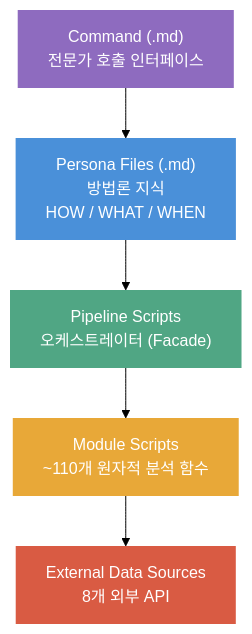
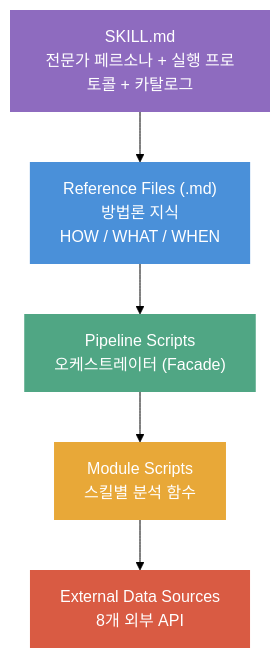
Before and after one commit to tjdwls101010/Dumok-of-WallStreet: the second of 2 diagrams in README.md, drawn with Mermaid (forest theme). The commit also changed other lines of this file and 52 other files, not shown here.

````diff
--- a/README.md
+++ b/README.md
@@ -401,19 +401,19 @@
 ```mermaid
 flowchart TD
-    CMD["Command (.md)\n전문가 호출 인터페이스"]
-    PERSONA["Persona Files (.md)\n방법론 지식\nHOW / WHAT / WHEN"]
+    SKILL["SKILL.md\n전문가 페르소나 + 실행 프로토콜 + 카탈로그"]
+    REF["Reference Files (.md)\n방법론 지식\nHOW / WHAT / WHEN"]
     PIPELINE["Pipeline Scripts\n오케스트레이터 (Facade)"]
-    MODULES["Module Scripts\n~110개 원자적 분석 함수"]
+    MODULES["Module Scripts\n스킬별 분석 함수"]
     DATA["External Data Sources\n8개 외부 API"]
 
-    CMD --> PERSONA
-    PERSONA --> PIPELINE
+    SKILL --> REF
+    REF --> PIPELINE
     PIPELINE --> MODULES
     MODULES --> DATA
 
-    style CMD fill:#8e6bbf,color:#fff,stroke:none
-    style PERSONA fill:#4a90d9,color:#fff,stroke:none
+    style SKILL fill:#8e6bbf,color:#fff,stroke:none
+    style REF fill:#4a90d9,color:#fff,stroke:none
     style PIPELINE fill:#50a684,color:#fff,stroke:none
     style MODULES fill:#e8a838,color:#fff,stroke:none
     style DATA fill:#d95b43,color:#fff,stroke:none
 ```
````
